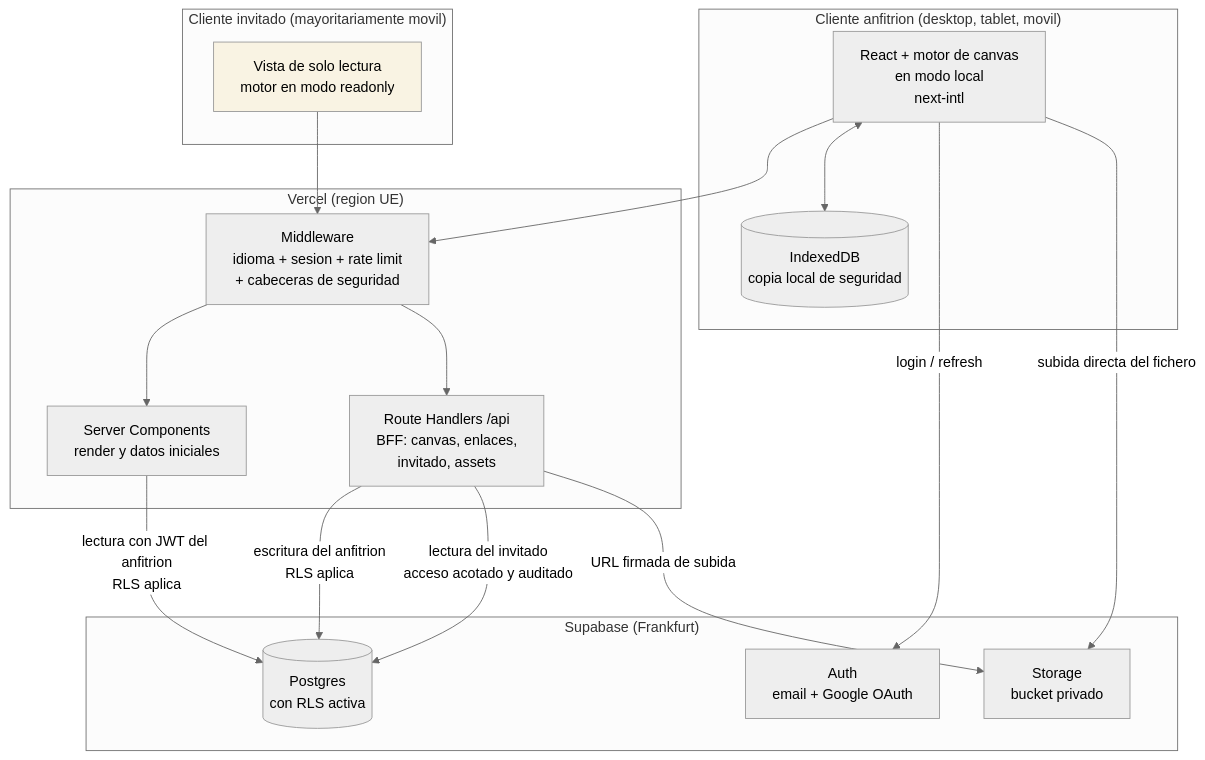
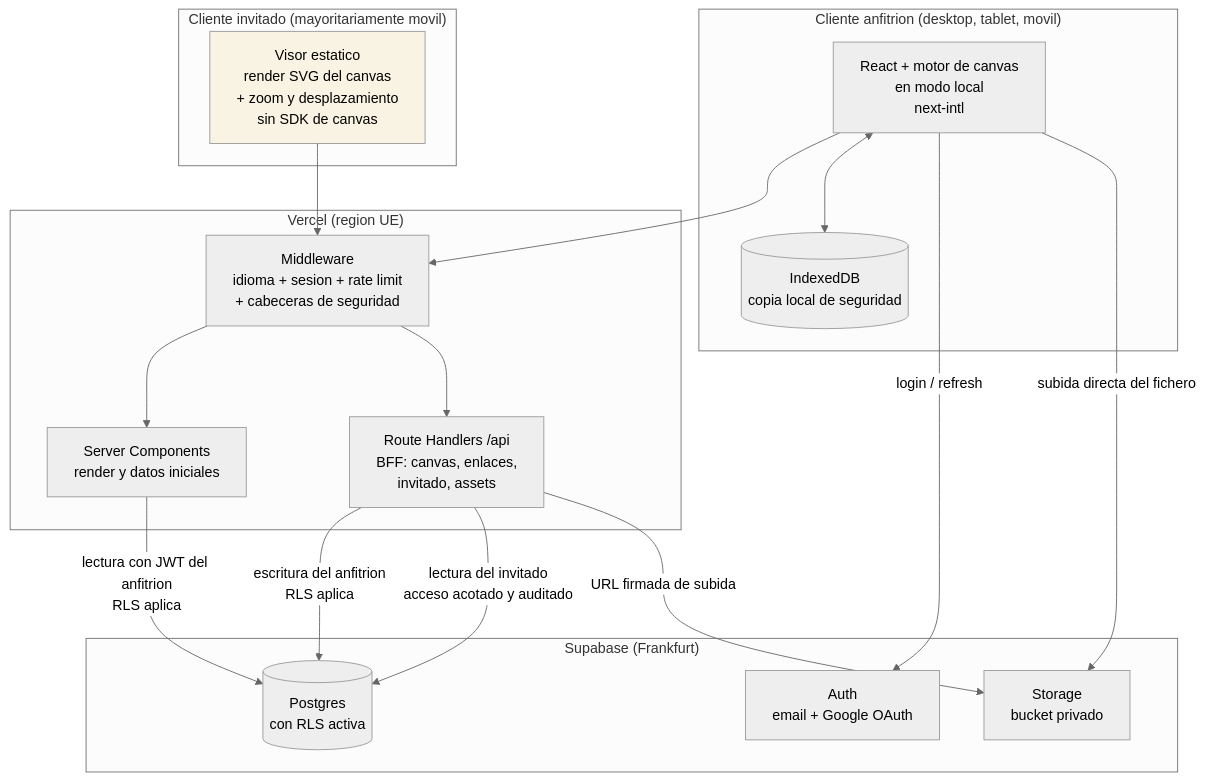
The second of 6 diagrams in 2-arquitectura-del-sistema.md (frantomsr/AI4Devs-finalproject), drawn with Mermaid (neutral theme) before and after one commit. The commit also changed other lines of this file and 4 other files, not shown here.

````diff
--- a/2-arquitectura-del-sistema.md
+++ b/2-arquitectura-del-sistema.md
@@ -86,38 +89,38 @@
 ```mermaid
 graph TB
     subgraph "Cliente anfitrion (desktop, tablet, movil)"
         UIH["React + motor de canvas<br/>en modo local<br/>next-intl"]
         IDB[("IndexedDB<br/>copia local de seguridad")]
     end
 
     subgraph "Cliente invitado (mayoritariamente movil)"
-        UIG["Vista de solo lectura<br/>motor en modo readonly"]
+        UIG["Visor estatico<br/>render SVG del canvas<br/>+ zoom y desplazamiento<br/>sin SDK de canvas"]
     end
 
     subgraph "Vercel (region UE)"
         MW["Middleware<br/>idioma + sesion + rate limit<br/>+ cabeceras de seguridad"]
         RSC["Server Components<br/>render y datos iniciales"]
         API["Route Handlers /api<br/>BFF: canvas, enlaces,<br/>invitado, assets"]
     end
 
     subgraph "Supabase (Frankfurt)"
         AUTH["Auth<br/>email + Google OAuth"]
         PG[("Postgres<br/>con RLS activa")]
         STO["Storage<br/>bucket privado"]
     end
 
     UIH --> MW
     UIG --> MW
     MW --> RSC
     MW --> API
     UIH <--> IDB
 
     UIH -->|"login / refresh"| AUTH
     RSC -->|"lectura con JWT del anfitrion<br/>RLS aplica"| PG
     API -->|"escritura del anfitrion<br/>RLS aplica"| PG
     API -->|"lectura del invitado<br/>acceso acotado y auditado"| PG
     API -->|"URL firmada de subida"| STO
     UIH -->|"subida directa del fichero"| STO
 
     style UIG fill:#f9f3e3
 ```
````
